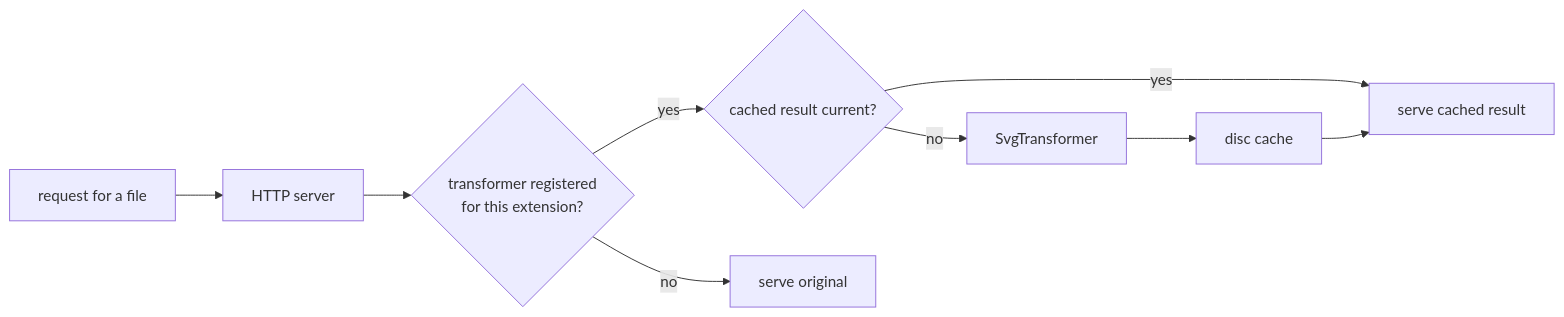
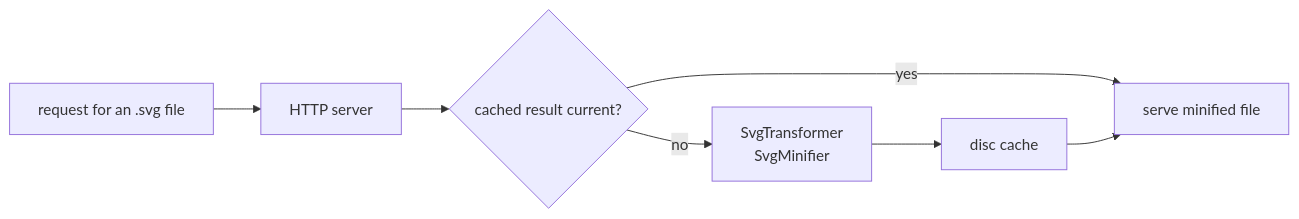
Before and after one commit to dosh1974/SysWeaver: the diagram in SysWeaver.HttpTransformer.Svg/README.md, drawn with Mermaid. The commit also changed other lines of this file and 532 other files, not shown here.

````diff
--- a/SysWeaver.HttpTransformer.Svg/README.md
+++ b/SysWeaver.HttpTransformer.Svg/README.md
@@ -18,11 +18,9 @@
 ```mermaid
 flowchart LR
-  Req["request for a file"] --> Srv["HTTP server"]
-  Srv --> Chain{"transformer registered<br/>for this extension?"}
-  Chain -->|yes| Cache{"cached result current?"}
-  Cache -->|yes| Out["serve cached result"]
-  Cache -->|no| T["SvgTransformer"]
+  Req["request for an .svg file"] --> Srv["HTTP server"]
+  Srv --> Cache{"cached result current?"}
+  Cache -->|yes| Out["serve minified file"]
+  Cache -->|no| T["SvgTransformer<br/>SvgMinifier"]
   T --> Store["disc cache"]
   Store --> Out
-  Chain -->|no| Plain["serve original"]
 ```
````
